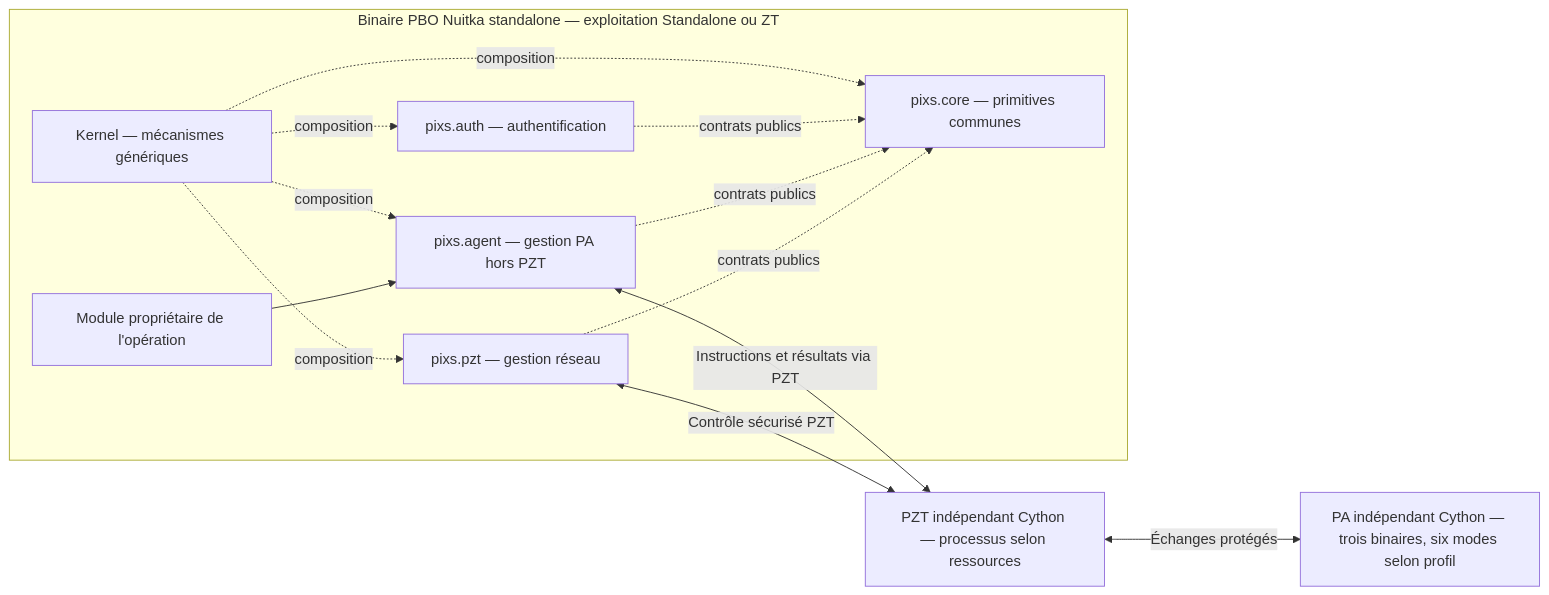
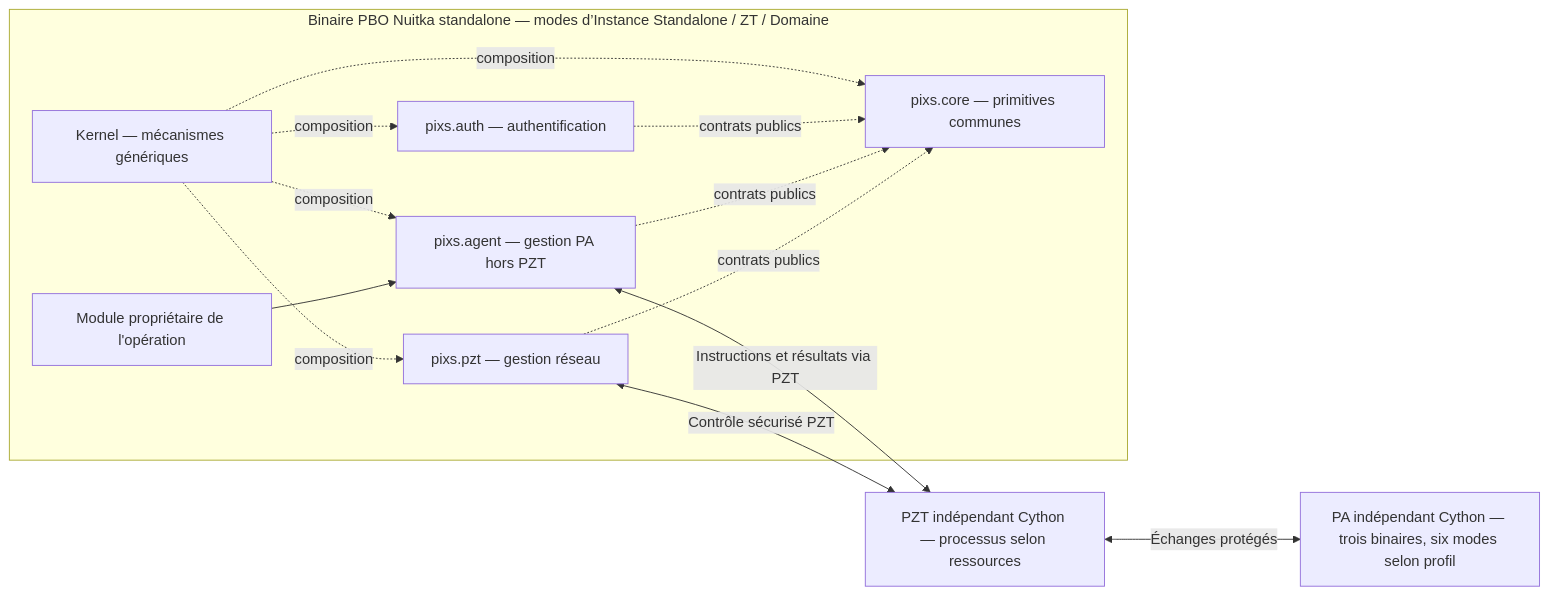
One commit to AzenorPixs/pixs changed the diagram in openspec/specs/pixs-agent/spec.md. Above: the diagram before and after it, drawn with Mermaid. The commit also changed other lines of this file and 1749 other files, not shown here.

````diff
--- a/openspec/specs/pixs-agent/spec.md
+++ b/openspec/specs/pixs-agent/spec.md
@@ -12,22 +12,22 @@
 ```mermaid
 flowchart LR
-    subgraph B["Binaire PBO Nuitka standalone — exploitation Standalone ou ZT"]
+    subgraph B["Binaire PBO Nuitka standalone — modes d’Instance Standalone / ZT / Domaine"]
         K["Kernel — mécanismes génériques"]
         C["pixs.core — primitives communes"]
         U["pixs.auth — authentification"]
         M["Module propriétaire de l'opération"]
         A["pixs.agent — gestion PA hors PZT"]
         Z["pixs.pzt — gestion réseau"]
         K -. "composition" .-> C
         K -. "composition" .-> U
         K -. "composition" .-> A
         K -. "composition" .-> Z
         U -. "contrats publics" .-> C
         A -. "contrats publics" .-> C
         Z -. "contrats publics" .-> C
         M --> A
     end
     A <-->|"Instructions et résultats via PZT"| T["PZT indépendant Cython — processus selon ressources"]
     Z <-->|"Contrôle sécurisé PZT"| T
     T <-->|"Échanges protégés"| P["PA indépendant Cython — trois binaires, six modes selon profil"]
 ```
````
